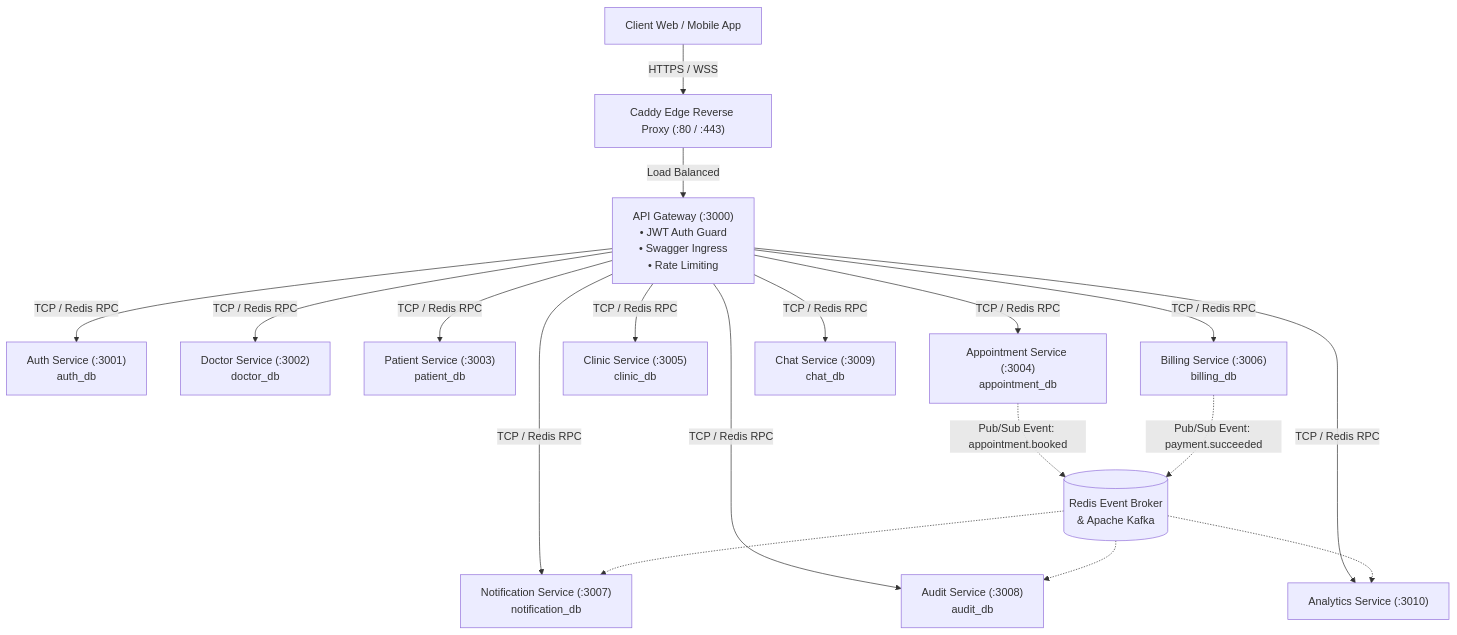
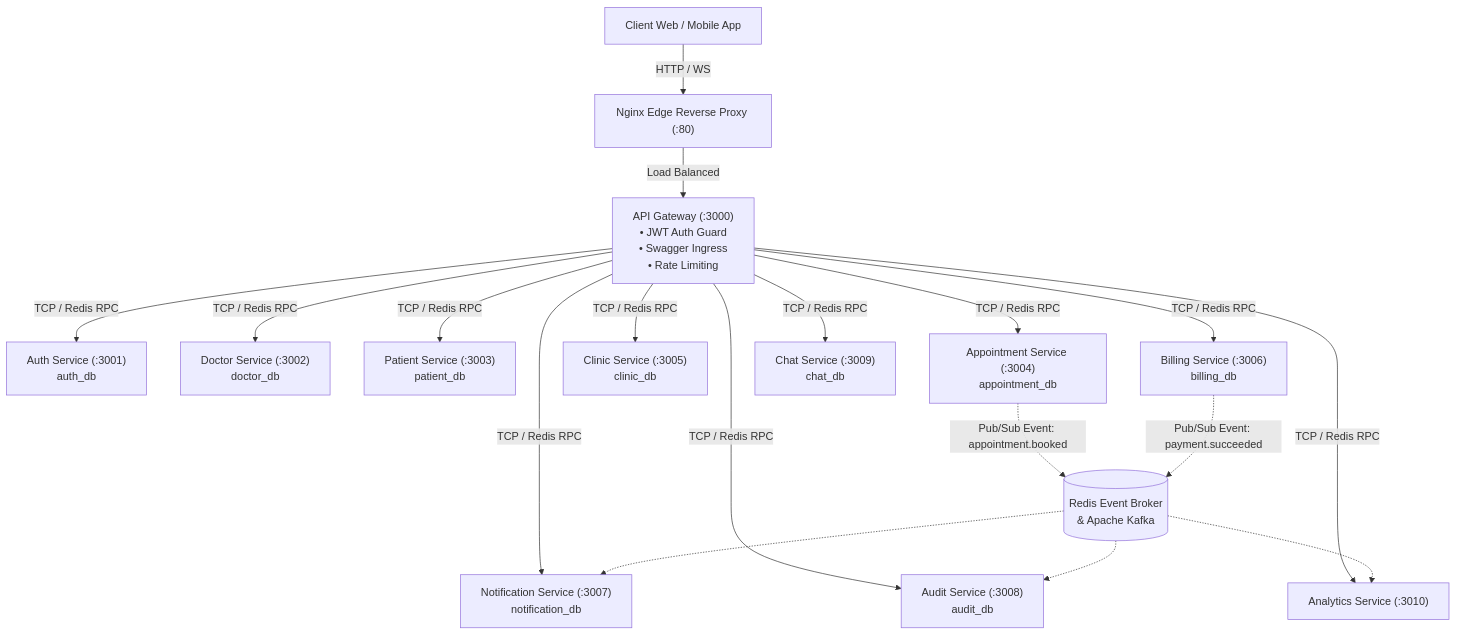
One commit to mdrezuanislamridoy/MedCare-Backend changed the diagram in README.md. Above: the diagram before and after it, drawn with Mermaid. The commit also changed other lines of this file and 4 other files, not shown here.

Commit message:
migrate from Caddy to Nginx as the reverse proxy and update related configurations

````diff
--- a/README.md
+++ b/README.md
@@ -41,22 +41,22 @@
 ```mermaid
 flowchart TD
-    Client["Client Web / Mobile App"] -->|HTTPS / WSS| Caddy["Caddy Edge Reverse Proxy (:80 / :443)"]
-    Caddy -->|Load Balanced| Gateway["API Gateway (:3000)\n• JWT Auth Guard\n• Swagger Ingress\n• Rate Limiting"]
+    Client["Client Web / Mobile App"] -->|HTTP / WS| Nginx["Nginx Edge Reverse Proxy (:80)"]
+    Nginx -->|Load Balanced| Gateway["API Gateway (:3000)\n• JWT Auth Guard\n• Swagger Ingress\n• Rate Limiting"]
 
     Gateway -->|TCP / Redis RPC| AuthSvc["Auth Service (:3001)\nauth_db"]
     Gateway -->|TCP / Redis RPC| DoctorSvc["Doctor Service (:3002)\ndoctor_db"]
     Gateway -->|TCP / Redis RPC| PatientSvc["Patient Service (:3003)\npatient_db"]
     Gateway -->|TCP / Redis RPC| ApptSvc["Appointment Service (:3004)\nappointment_db"]
     Gateway -->|TCP / Redis RPC| ClinicSvc["Clinic Service (:3005)\nclinic_db"]
     Gateway -->|TCP / Redis RPC| BillingSvc["Billing Service (:3006)\nbilling_db"]
     Gateway -->|TCP / Redis RPC| NotifSvc["Notification Service (:3007)\nnotification_db"]
     Gateway -->|TCP / Redis RPC| AuditSvc["Audit Service (:3008)\naudit_db"]
     Gateway -->|TCP / Redis RPC| ChatSvc["Chat Service (:3009)\nchat_db"]
     Gateway -->|TCP / Redis RPC| AnalyticsSvc["Analytics Service (:3010)"]
 
     ApptSvc -.->|Pub/Sub Event: appointment.booked| RedisBroker[("Redis Event Broker\n& Apache Kafka")]
     BillingSvc -.->|Pub/Sub Event: payment.succeeded| RedisBroker
     RedisBroker -.-> NotifSvc
     RedisBroker -.-> AuditSvc
     RedisBroker -.-> AnalyticsSvc
 ```
````
